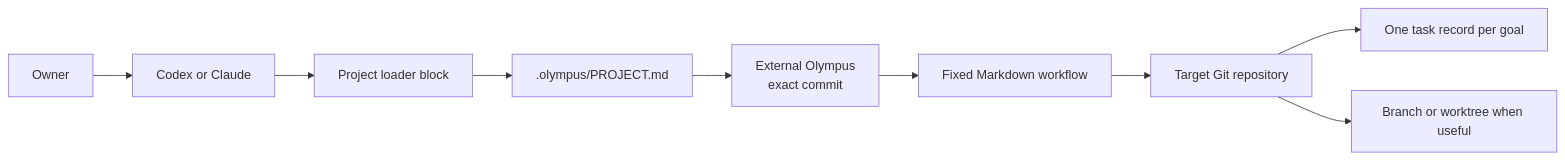
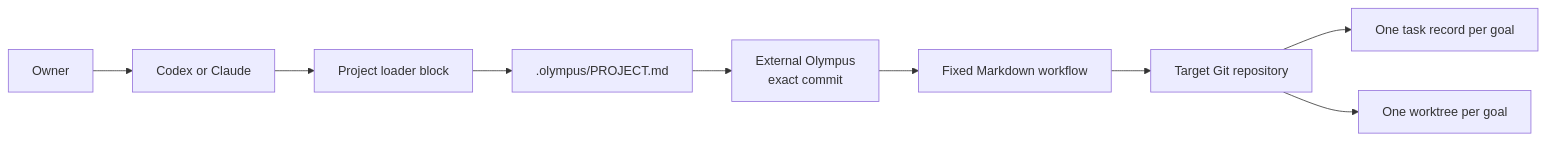
One commit to divyekant/Olympus changed the second of 4 diagrams in docs/WHITEPAPER.md. Above: the diagram before and after it, drawn with Mermaid. The commit also changed other lines of this file and 8 other files, not shown here.

````diff
--- a/docs/WHITEPAPER.md
+++ b/docs/WHITEPAPER.md
@@ -69,11 +69,11 @@
 ```mermaid
 flowchart LR
     Owner --> Host[Codex or Claude]
     Host --> Loader[Project loader block]
     Loader --> Project[.olympus/PROJECT.md]
     Project --> Pack[External Olympus<br/>exact commit]
     Pack --> Flow[Fixed Markdown workflow]
     Flow --> Repo[Target Git repository]
     Repo --> Tasks[One task record per goal]
-    Repo --> Trees[Branch or worktree when useful]
+    Repo --> Trees[One worktree per goal]
 ```
````
